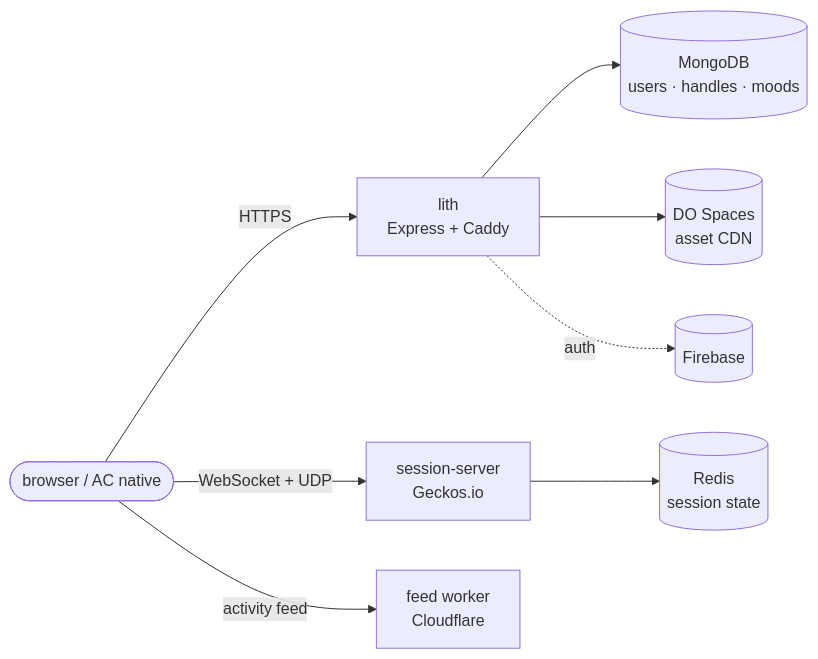
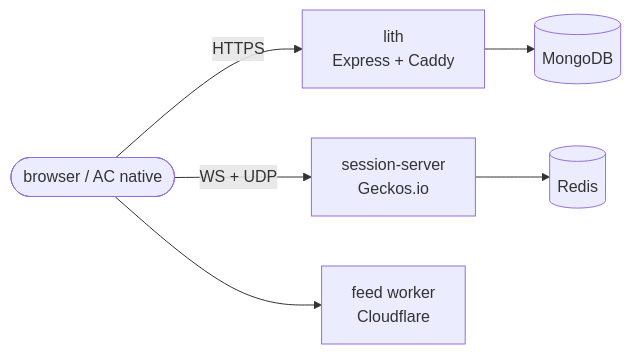
The first of 5 diagrams in sandbox/md-graphics-demo/README.md (whistlegraph/aesthetic-computer), drawn with Mermaid before and after one commit. The commit also changed other lines of this file and 6 other files, not shown here.

First line of the commit message:
sandbox: inline-only graphics pattern language + math-bitmap hack

````diff
--- a/sandbox/md-graphics-demo/README.md
+++ b/sandbox/md-graphics-demo/README.md
@@ -55,10 +38,8 @@
 ```mermaid
 flowchart LR
   browser([browser / AC native]) -->|HTTPS| lith[lith\nExpress + Caddy]
-  lith --> mongo[(MongoDB\nusers · handles · moods)]
-  lith --> spaces[(DO Spaces\nasset CDN)]
-  browser -->|WebSocket + UDP| sess[session-server\nGeckos.io]
-  sess --> redis[(Redis\nsession state)]
-  browser -->|activity feed| feed[feed worker\nCloudflare]
-  lith -. auth .-> fb[(Firebase)]
+  browser -->|WS + UDP| sess[session-server\nGeckos.io]
+  lith --> mongo[(MongoDB)]
+  sess --> redis[(Redis)]
+  browser --> feed[feed worker\nCloudflare]
 ```
````
